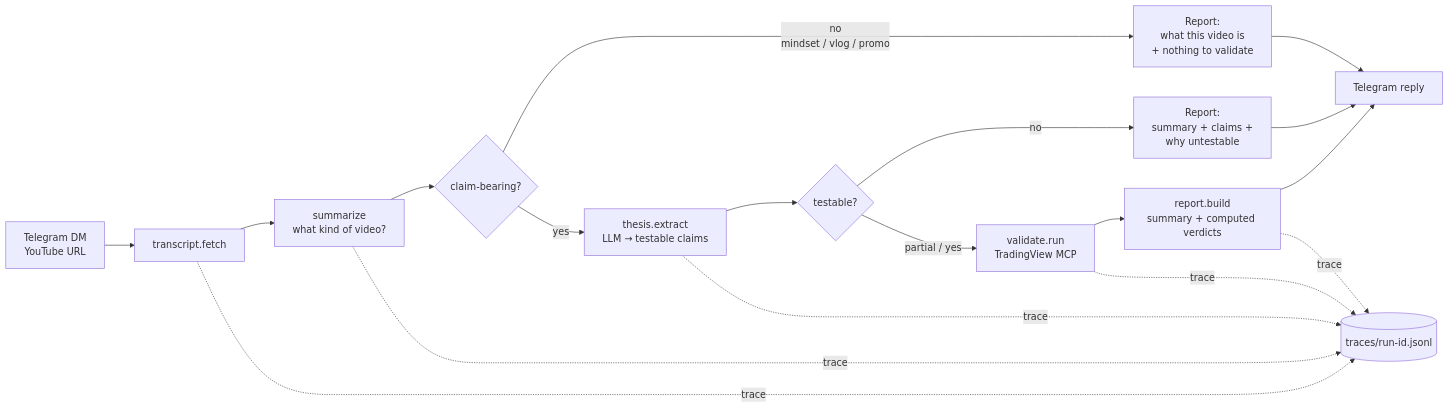
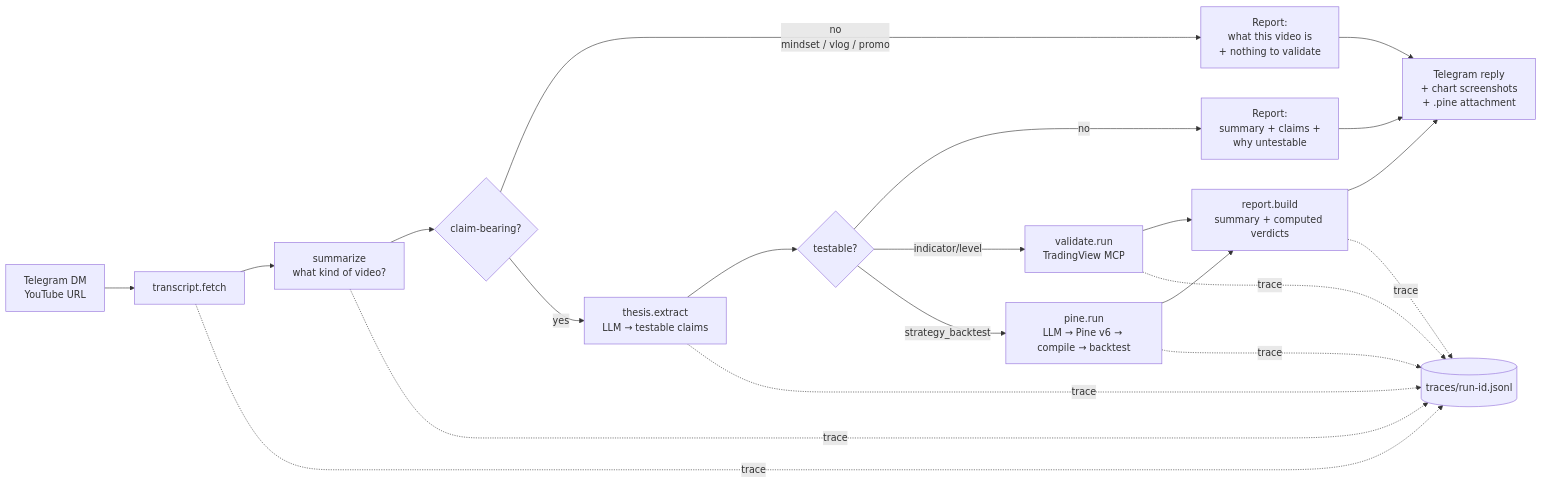
One commit to rsipavan/agent-research-lab changed the diagram in README.md. Above: the diagram before and after it, drawn with Mermaid. The commit also changed other lines of this file and 18 other files, not shown here.

````diff
--- a/README.md
+++ b/README.md
@@ -15,20 +21,23 @@
 ```mermaid
 flowchart LR
     A[Telegram DM<br/>YouTube URL] --> B[transcript.fetch]
     B --> S[summarize<br/>what kind of video?]
     S --> D0{claim-bearing?}
     D0 -- no<br/>mindset / vlog / promo --> R1[Report:<br/>what this video is<br/>+ nothing to validate]
     D0 -- yes --> C[thesis.extract<br/>LLM → testable claims]
     C --> D{testable?}
     D -- no --> R2[Report:<br/>summary + claims +<br/>why untestable]
-    D -- partial / yes --> E[validate.run<br/>TradingView MCP]
+    D -- indicator/level --> E[validate.run<br/>TradingView MCP]
+    D -- strategy_backtest --> P[pine.run<br/>LLM → Pine v6 → compile → backtest]
     E --> F[report.build<br/>summary + computed verdicts]
-    R1 --> G[Telegram reply]
+    P --> F
+    R1 --> G[Telegram reply<br/>+ chart screenshot]
     R2 --> G
-    F --> G
+    F --> G[Telegram reply<br/>+ chart screenshots<br/>+ .pine attachment]
     B -.trace.-> T[(traces/run-id.jsonl)]
     S -.trace.-> T
     C -.trace.-> T
     E -.trace.-> T
+    P -.trace.-> T
     F -.trace.-> T
 ```
````
